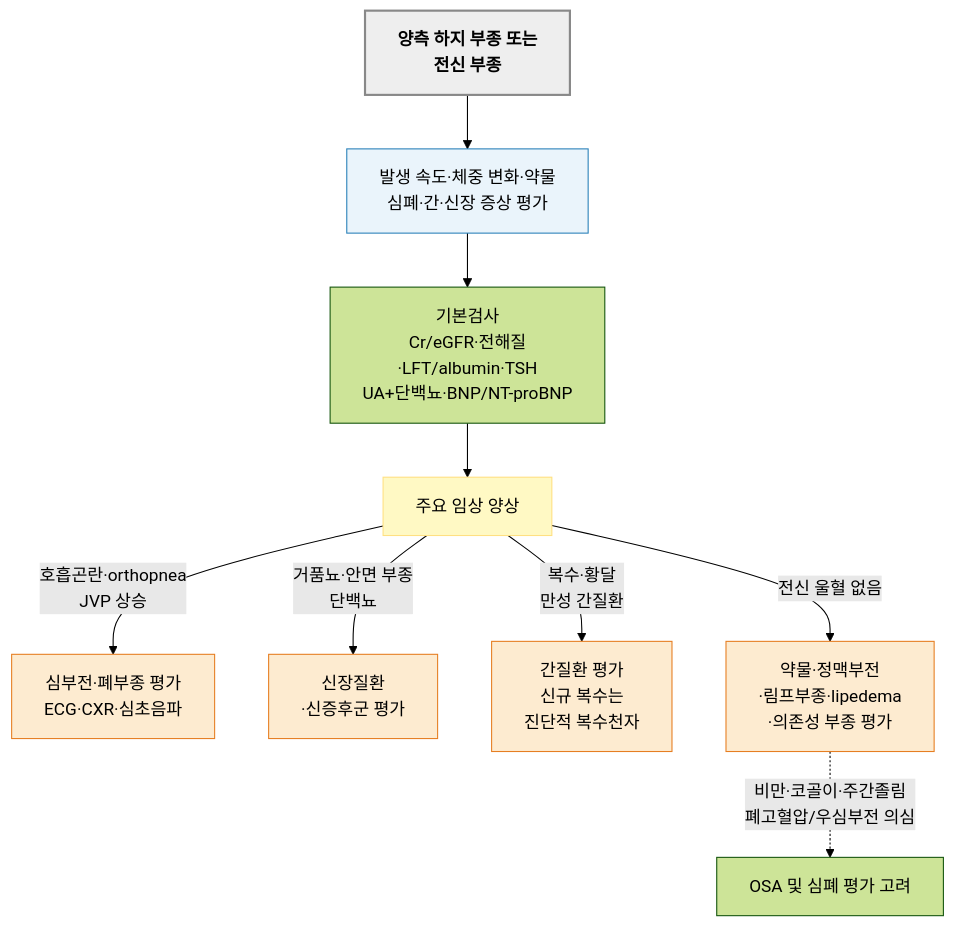
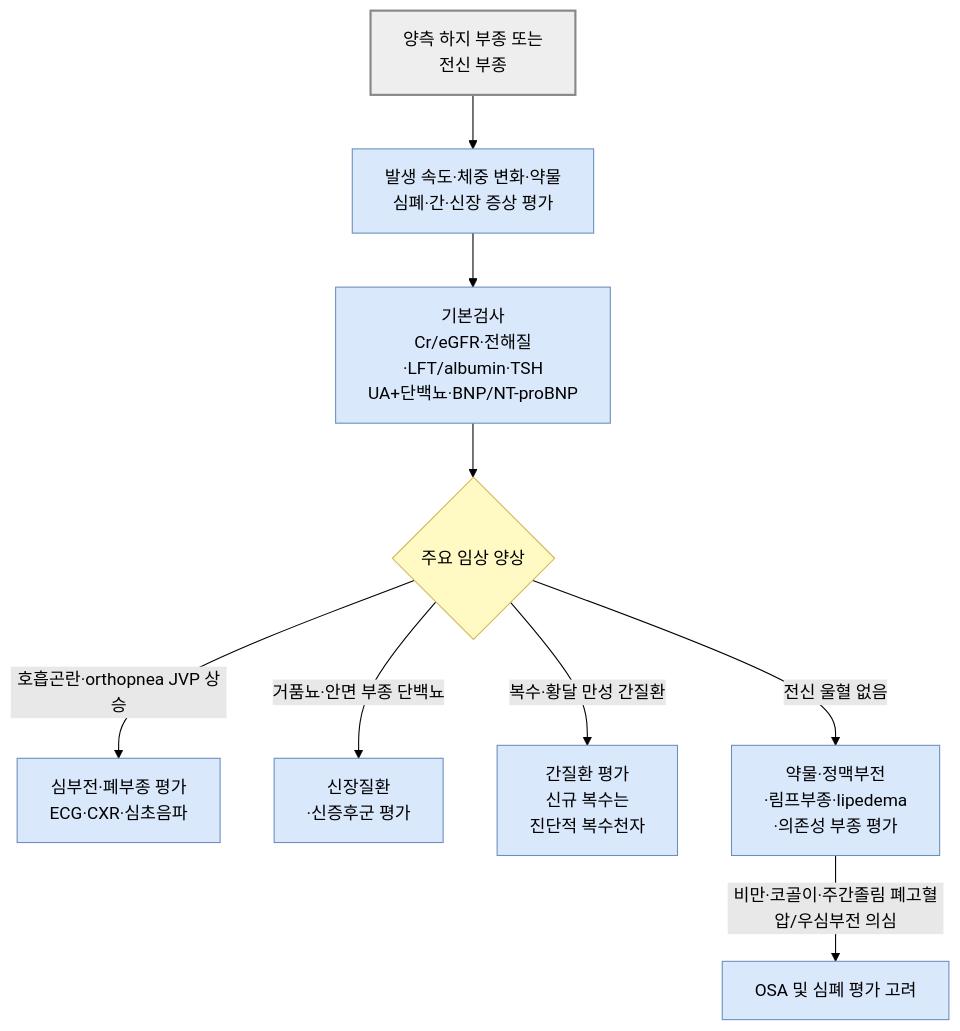
Before and after one commit to familyoh77/familyoh77: the third of 4 diagrams in 220_/012_-edema.md, drawn with Mermaid (forest theme). The commit also changed other lines of this file and 13 other files, not shown here.

````diff
--- a/220_/012_-edema.md
+++ b/220_/012_-edema.md
@@ -261,19 +290,29 @@
 ```mermaid
-graph TD
-SG3["<b>양측 하지 부종 또는 <br/>전신 부종</b>"]
-        SG3 --> A3["발생 속도·체중 변화·약물<br/>심폐·간·신장 증상 평가"]
-        A3 --> B3["기본검사<br/>Cr/eGFR·전해질<br/>·LFT/albumin·TSH<br/>UA+단백뇨·BNP/NT-proBNP"]
-        B3 --> C3["주요 임상 양상"]
-        C3 -- "호흡곤란·orthopnea<br/>JVP 상승" --> D3a["심부전·폐부종 평가<br/>ECG·CXR·심초음파"]
-        C3 -- "거품뇨·안면 부종<br/>단백뇨" --> D3b["신장질환<br/>·신증후군 평가"]
-        C3 -- "복수·황달<br/>만성 간질환" --> D3c["간질환 평가<br/>신규 복수는 <br/>진단적 복수천자"]
-        C3 -- "전신 울혈 없음" --> D3d["약물·정맥부전<br/>·림프부종·lipedema<br/>·의존성 부종 평가"]
-        D3d -. "비만·코골이·주간졸림<br/>폐고혈압/우심부전 의심" .-> E3["OSA 및 심폐 평가 고려"]
-    style SG3 fill:#eeeeee,stroke:#888888,stroke-width:2px
-    style A3 fill:#eaf4fb,stroke:#2980b9
-    style C3 fill:#fff9c4,stroke:#ffe082
-    style D3a fill:#fdebd0,stroke:#e67e22
-    style D3b fill:#fdebd0,stroke:#e67e22
-    style D3c fill:#fdebd0,stroke:#e67e22
-    style D3d fill:#fdebd0,stroke:#e67e22
+flowchart TD
+SG3["`양측 하지 부종 또는 
+전신 부종`"]
+        SG3 --> A3["`발생 속도·체중 변화·약물
+심폐·간·신장 증상 평가`"]
+        A3 --> B3["`기본검사
+Cr/eGFR·전해질
+·LFT/albumin·TSH
+UA+단백뇨·BNP/NT-proBNP`"]
+        B3 --> C3{"주요 임상 양상"}
+        C3 -- "호흡곤란·orthopnea JVP 상승" --> D3a["`심부전·폐부종 평가
+ECG·CXR·심초음파`"]
+        C3 -- "거품뇨·안면 부종 단백뇨" --> D3b["`신장질환
+·신증후군 평가`"]
+        C3 -- "복수·황달 만성 간질환" --> D3c["`간질환 평가
+신규 복수는 
+진단적 복수천자`"]
+        C3 -- "전신 울혈 없음" --> D3d["`약물·정맥부전
+·림프부종·lipedema
+·의존성 부종 평가`"]
+        D3d -- "비만·코골이·주간졸림 폐고혈압/우심부전 의심" --> E3["OSA 및 심폐 평가 고려"]
+    classDef start fill:#eee,stroke:#888,stroke-width:2px
+    classDef decision fill:#fff9c4,stroke:#d6b656
+    classDef treatment fill:#dae8fc,stroke:#6c8ebf
+    class SG3,A3,B3,C3,D3a,D3b,D3c,D3d,E3 treatment
+    class SG3 start
+    class C3 decision
 ```
````
